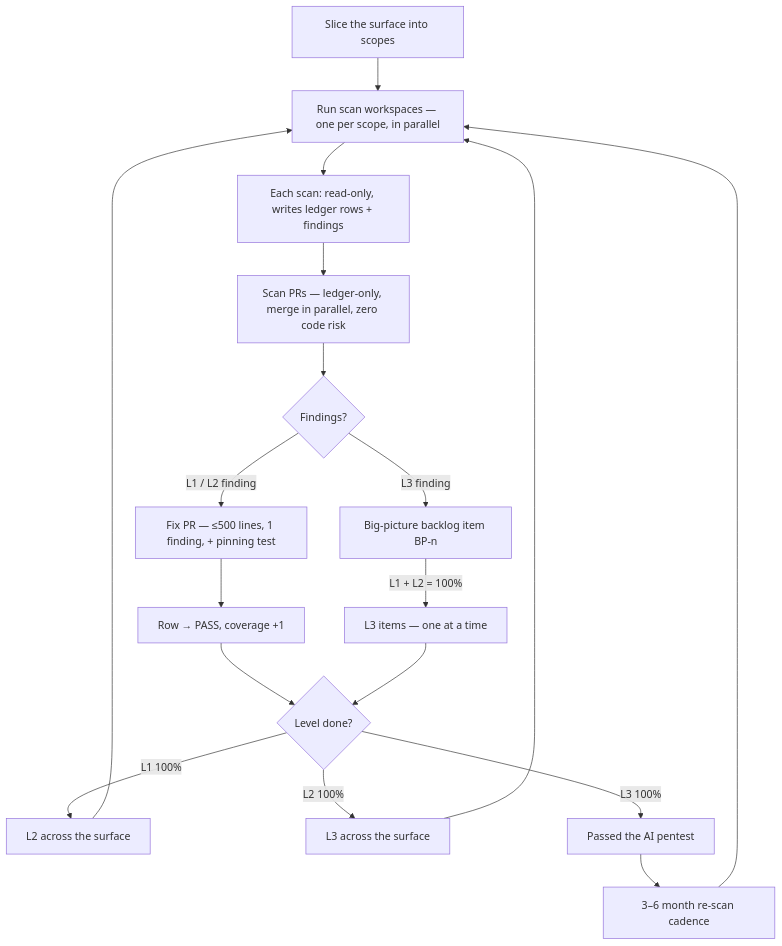
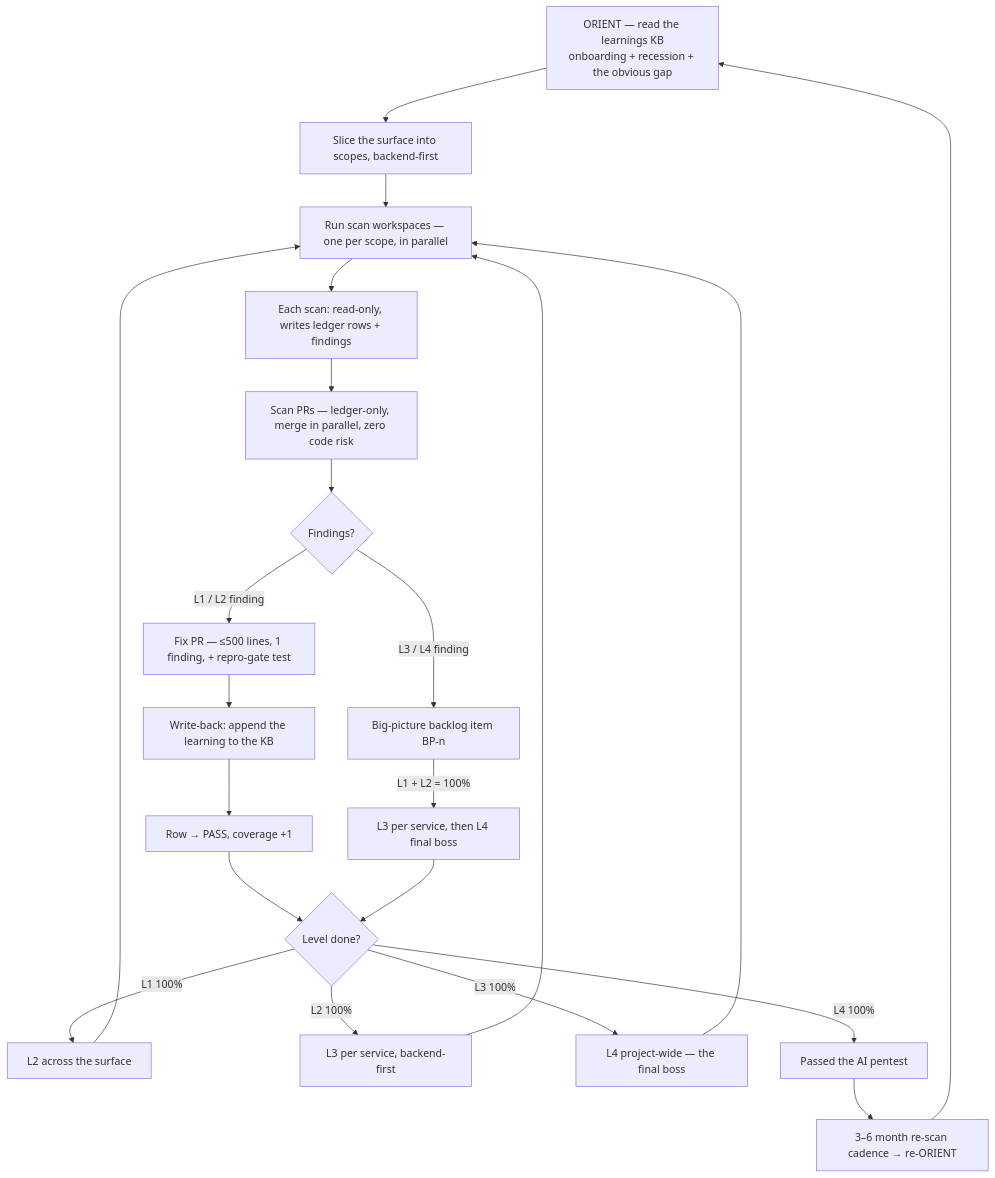
The diagram in ai-pack/ai-security-theory/running-it/README.md (jacoby149/web10), drawn with Mermaid before and after one commit. The commit also changed other lines of this file and 14 other files, not shown here.

First line of the commit message:
docs(ai-pack): security theory v2 — L1-L4 ladder, orient phase, repro gate, learnings KB

````diff
--- a/ai-pack/ai-security-theory/running-it/README.md
+++ b/ai-pack/ai-security-theory/running-it/README.md
@@ -12,20 +12,24 @@
 ```mermaid
 flowchart TD
-    A[Slice the surface into scopes] --> B[Run scan workspaces — one per scope, in parallel]
+    O[ORIENT — read the learnings KB<br/>onboarding + recession + the obvious gap] --> A[Slice the surface into scopes, backend-first]
+    A --> B[Run scan workspaces — one per scope, in parallel]
     B --> C[Each scan: read-only, writes ledger rows + findings]
     C --> D[Scan PRs — ledger-only, merge in parallel, zero code risk]
     D --> E{Findings?}
-    E -->|L1 / L2 finding| F[Fix PR — ≤500 lines, 1 finding, + pinning test]
-    E -->|L3 finding| G[Big-picture backlog item BP-n]
-    F --> H[Row → PASS, coverage +1]
-    G -->|L1 + L2 = 100%| I[L3 items — one at a time]
+    E -->|L1 / L2 finding| F[Fix PR — ≤500 lines, 1 finding, + repro-gate test]
+    E -->|L3 / L4 finding| G[Big-picture backlog item BP-n]
+    F --> W[Write-back: append the learning to the KB]
+    W --> H[Row → PASS, coverage +1]
+    G -->|L1 + L2 = 100%| I[L3 per service, then L4 final boss]
     H --> J{Level done?}
     I --> J
     J -->|L1 100%| K[L2 across the surface]
-    J -->|L2 100%| M[L3 across the surface]
-    J -->|L3 100%| N[Passed the AI pentest]
+    J -->|L2 100%| M[L3 per service, backend-first]
+    J -->|L3 100%| P[L4 project-wide — the final boss]
+    J -->|L4 100%| N[Passed the AI pentest]
     K --> B
     M --> B
-    N --> O[3–6 month re-scan cadence]
-    O --> B
+    P --> B
+    N --> O2[3–6 month re-scan cadence → re-ORIENT]
+    O2 --> O
 ```
````
